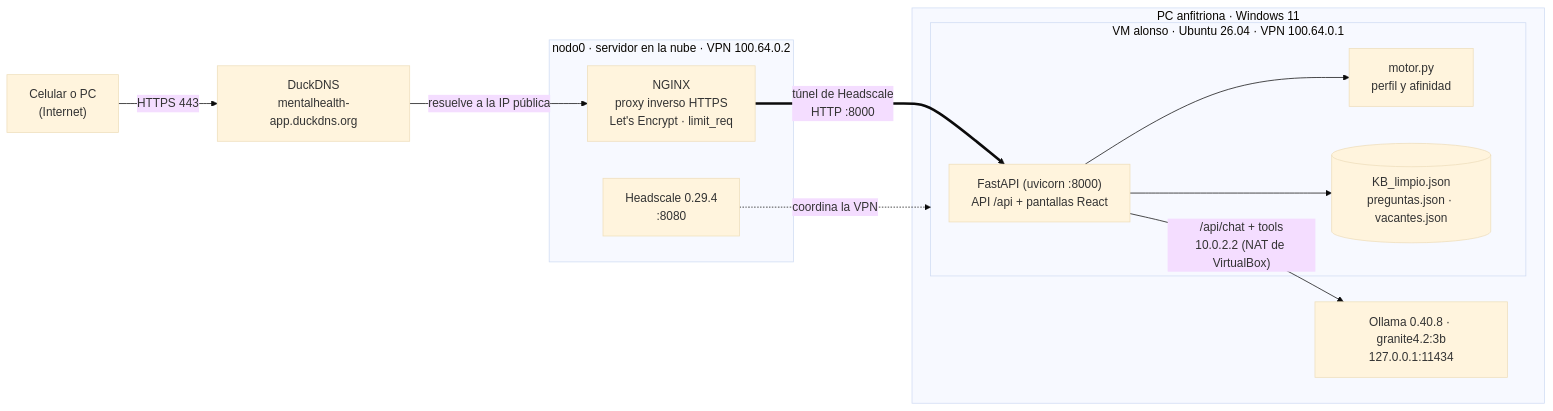
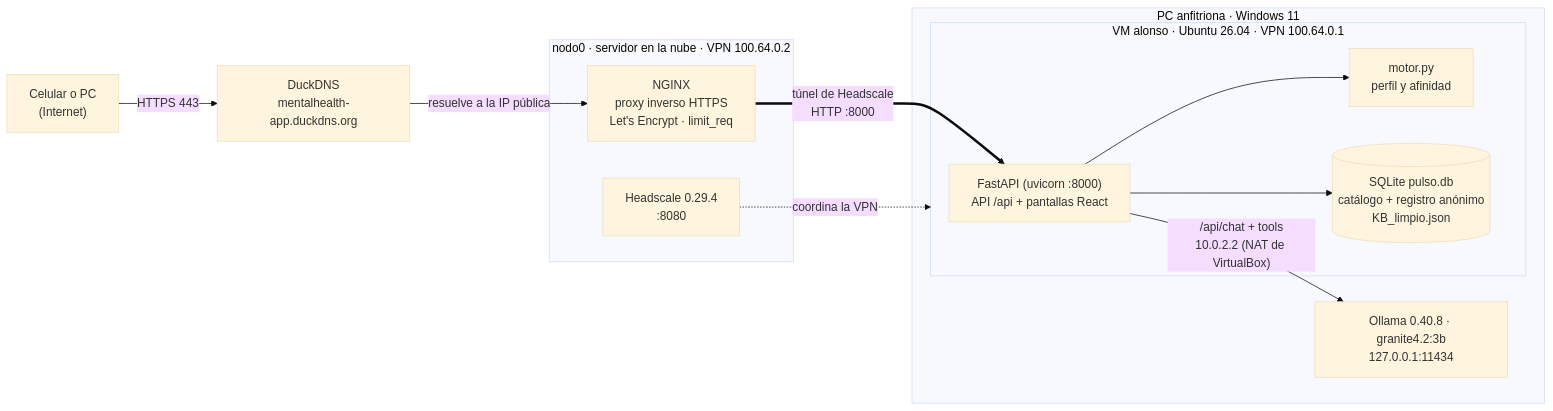
The diagram in README.md (JhonMaldo/Pulso), drawn with Mermaid (base theme) before and after one commit. The commit also changed other lines of this file and 1 other file, not shown here.

Commit message:
docs(act-13): base de datos SQLite, reportes y VM con 1 núcleo

````diff
--- a/README.md
+++ b/README.md
@@ -21,22 +21,22 @@
 ```mermaid
 flowchart LR
   U["Celular o PC<br/>(Internet)"] -->|"HTTPS 443"| D["DuckDNS<br/>mentalhealth-app.duckdns.org"]
   D -->|"resuelve a la IP pública"| N
   subgraph S["nodo0 · servidor en la nube · VPN 100.64.0.2"]
     N["NGINX<br/>proxy inverso HTTPS<br/>Let's Encrypt · limit_req"]
     H["Headscale 0.29.4<br/>:8080"]
   end
   N ==>|"túnel de Headscale<br/>HTTP :8000"| A
   H -.->|"coordina la VPN"| VM
   subgraph PC["PC anfitriona · Windows 11"]
     subgraph VM["VM alonso · Ubuntu 26.04 · VPN 100.64.0.1"]
       A["FastAPI (uvicorn :8000)<br/>API /api + pantallas React"]
       M["motor.py<br/>perfil y afinidad"]
-      K[("KB_limpio.json<br/>preguntas.json · vacantes.json")]
+      K[("SQLite pulso.db<br/>catálogo + registro anónimo<br/>KB_limpio.json")]
       A --> M
       A --> K
     end
     O["Ollama 0.40.8 · granite4.2:3b<br/>127.0.0.1:11434"]
   end
   A -->|"/api/chat + tools<br/>10.0.2.2 (NAT de VirtualBox)"| O
 ```
````
